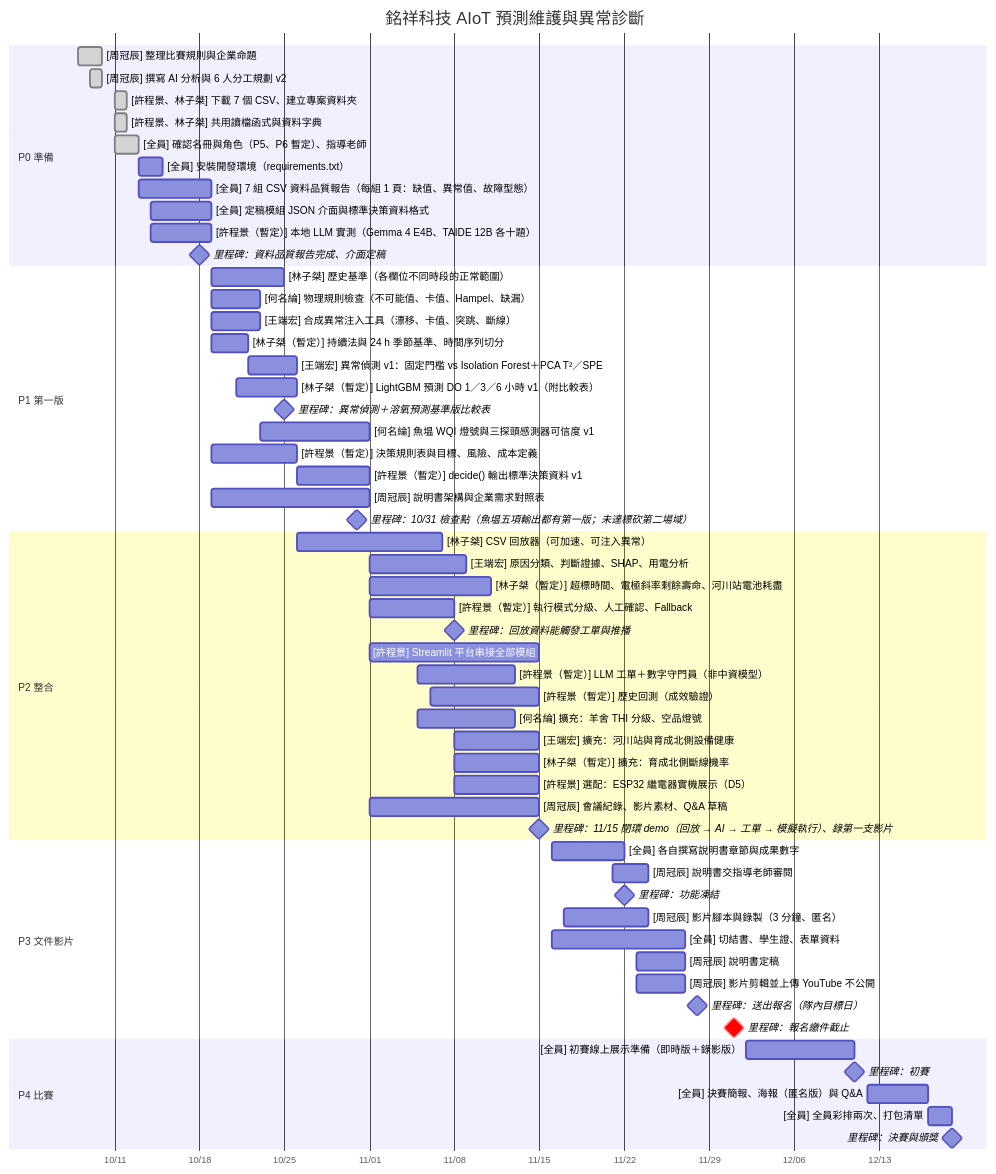
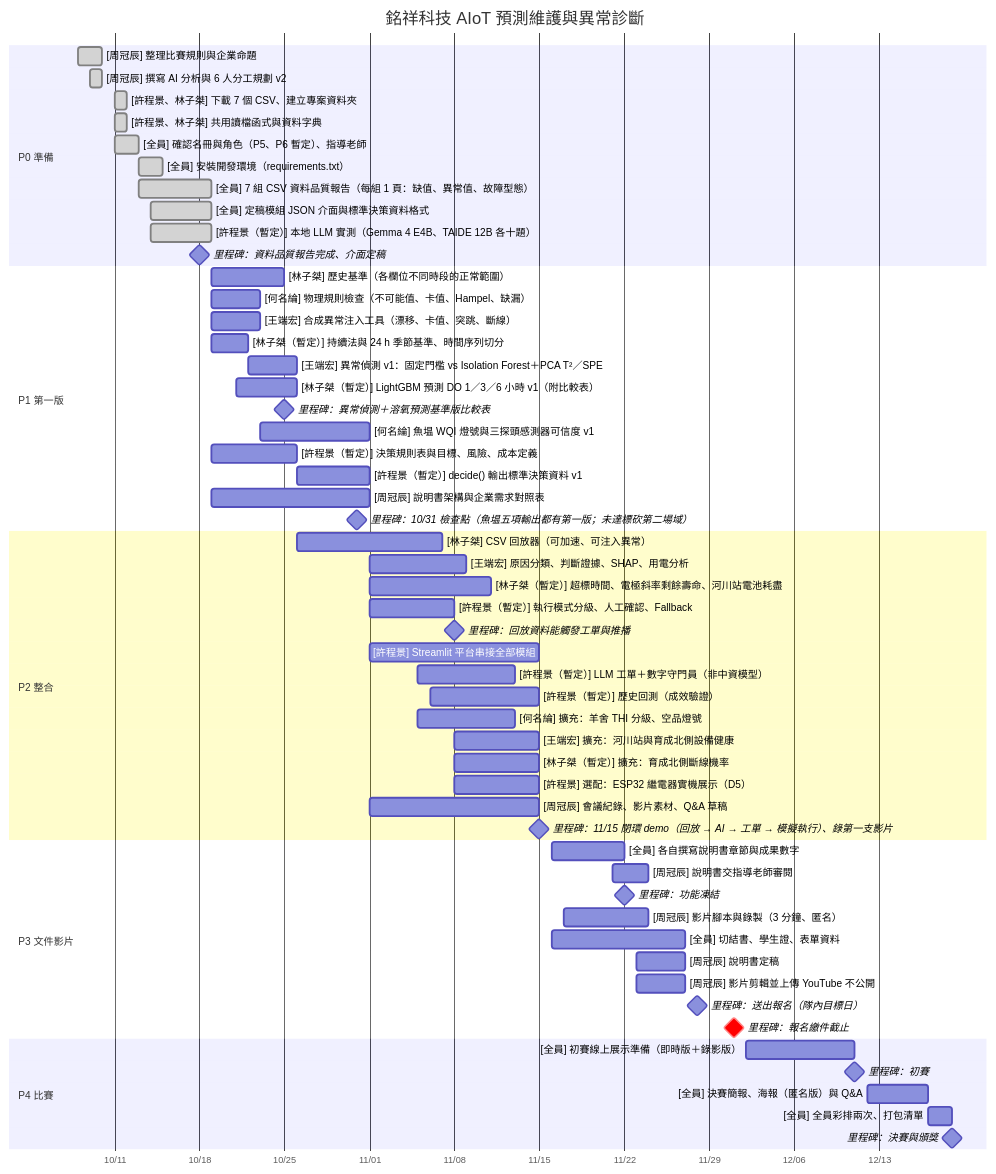
The diagram in JNC-AIoT/schedule/gantt.md (jaylin0131/ai-competition-2026), drawn with Mermaid before and after one commit. The commit also changed other lines of this file and 4 other files, not shown here.

````diff
--- a/JNC-AIoT/schedule/gantt.md
+++ b/JNC-AIoT/schedule/gantt.md
@@ -7,62 +7,62 @@
 ```mermaid
 gantt
     title 銘祥科技 AIoT 預測維護與異常診斷
     dateFormat YYYY-MM-DD
     axisFormat %m/%d
     todayMarker stroke-width:2px,stroke:#d13b3b
     section P0 準備
     [周冠辰] 整理比賽規則與企業命題 :done, S01, 2026-10-08, 2d
     [周冠辰] 撰寫 AI 分析與 6 人分工規劃 v2 :done, S02, 2026-10-09, 1d
     [許程景、林子桀] 下載 7 個 CSV、建立專案資料夾 :done, S03, 2026-10-11, 1d
     [許程景、林子桀] 共用讀檔函式與資料字典 :done, S04, 2026-10-11, 1d
     [全員] 確認名冊與角色（P5、P6 暫定）、指導老師 :done, S05, 2026-10-11, 2d
-    [全員] 安裝開發環境（requirements.txt） :S08, 2026-10-13, 2d
-    [全員] 7 組 CSV 資料品質報告（每組 1 頁：缺值、異常值、故障型態） :S09, 2026-10-13, 6d
-    [全員] 定稿模組 JSON 介面與標準決策資料格式 :S10, 2026-10-14, 5d
-    [許程景（暫定）] 本地 LLM 實測（Gemma 4 E4B、TAIDE 12B 各十題） :S11, 2026-10-14, 5d
+    [全員] 安裝開發環境（requirements.txt） :done, S08, 2026-10-13, 2d
+    [全員] 7 組 CSV 資料品質報告（每組 1 頁：缺值、異常值、故障型態） :done, S09, 2026-10-13, 6d
+    [全員] 定稿模組 JSON 介面與標準決策資料格式 :done, S10, 2026-10-14, 5d
+    [許程景（暫定）] 本地 LLM 實測（Gemma 4 E4B、TAIDE 12B 各十題） :done, S11, 2026-10-14, 5d
     里程碑：資料品質報告完成、介面定稿 :milestone, M1, 2026-10-18, 0d
     section P1 第一版
     [林子桀] 歷史基準（各欄位不同時段的正常範圍） :A1, 2026-10-19, 6d
     [何名綸] 物理規則檢查（不可能值、卡值、Hampel、缺漏） :B1, 2026-10-19, 4d
     [王端宏] 合成異常注入工具（漂移、卡值、突跳、斷線） :C1, 2026-10-19, 4d
     [林子桀（暫定）] 持續法與 24 h 季節基準、時間序列切分 :D1, 2026-10-19, 3d
     [王端宏] 異常偵測 v1：固定門檻 vs Isolation Forest＋PCA T²／SPE :C2, 2026-10-22, 4d
     [林子桀（暫定）] LightGBM 預測 DO 1／3／6 小時 v1（附比較表） :D2, 2026-10-21, 5d
     里程碑：異常偵測＋溶氧預測基準版比較表 :milestone, M2, 2026-10-25, 0d
     [何名綸] 魚塭 WQI 燈號與三探頭感測器可信度 v1 :B2, 2026-10-23, 9d
     [許程景（暫定）] 決策規則表與目標、風險、成本定義 :E1, 2026-10-19, 7d
     [許程景（暫定）] decide() 輸出標準決策資料 v1 :E2, 2026-10-26, 6d
     [周冠辰] 說明書架構與企業需求對照表 :F1, 2026-10-19, 13d
     里程碑：10/31 檢查點（魚塭五項輸出都有第一版；未達標砍第二場域） :milestone, M3, 2026-10-31, 0d
     section P2 整合
     [林子桀] CSV 回放器（可加速、可注入異常） :A2, 2026-10-26, 12d
     [王端宏] 原因分類、判斷證據、SHAP、用電分析 :C3, 2026-11-01, 8d
     [林子桀（暫定）] 超標時間、電極斜率剩餘壽命、河川站電池耗盡 :D3, 2026-11-01, 10d
     [許程景（暫定）] 執行模式分級、人工確認、Fallback :E3, 2026-11-01, 7d
     里程碑：回放資料能觸發工單與推播 :milestone, M4, 2026-11-08, 0d
     [許程景] Streamlit 平台串接全部模組 :A3, 2026-11-01, 14d
     [許程景（暫定）] LLM 工單＋數字守門員（非中資模型） :E4, 2026-11-05, 8d
     [許程景（暫定）] 歷史回測（成效驗證） :E5, 2026-11-06, 9d
     [何名綸] 擴充：羊舍 THI 分級、空品燈號 :B3, 2026-11-05, 8d
     [王端宏] 擴充：河川站與育成北側設備健康 :C4, 2026-11-08, 7d
     [林子桀（暫定）] 擴充：育成北側斷線機率 :D4, 2026-11-08, 7d
     [許程景] 選配：ESP32 繼電器實機展示（D5） :A4, 2026-11-08, 7d
     [周冠辰] 會議紀錄、影片素材、Q&A 草稿 :F2, 2026-11-01, 14d
     里程碑：11/15 閉環 demo（回放 → AI → 工單 → 模擬執行）、錄第一支影片 :milestone, M5, 2026-11-15, 0d
     section P3 文件影片
     [全員] 各自撰寫說明書章節與成果數字 :G1, 2026-11-16, 6d
     [周冠辰] 說明書交指導老師審閱 :G2, 2026-11-21, 3d
     里程碑：功能凍結 :milestone, M6, 2026-11-22, 0d
     [周冠辰] 影片腳本與錄製（3 分鐘、匿名） :G3, 2026-11-17, 7d
     [全員] 切結書、學生證、表單資料 :G4, 2026-11-16, 11d
     [周冠辰] 說明書定稿 :G5, 2026-11-23, 4d
     [周冠辰] 影片剪輯並上傳 YouTube 不公開 :G6, 2026-11-23, 4d
     里程碑：送出報名（隊內目標日） :milestone, M7, 2026-11-28, 0d
     里程碑：報名繳件截止 :crit, milestone, M8, 2026-12-01, 0d
     section P4 比賽
     [全員] 初賽線上展示準備（即時版＋錄影版） :H1, 2026-12-02, 9d
     里程碑：初賽 :milestone, M9, 2026-12-11, 0d
     [全員] 決賽簡報、海報（匿名版）與 Q&A :H2, 2026-12-12, 5d
     [全員] 全員彩排兩次、打包清單 :H3, 2026-12-17, 2d
     里程碑：決賽與頒獎 :milestone, M10, 2026-12-19, 0d
 ```
````
